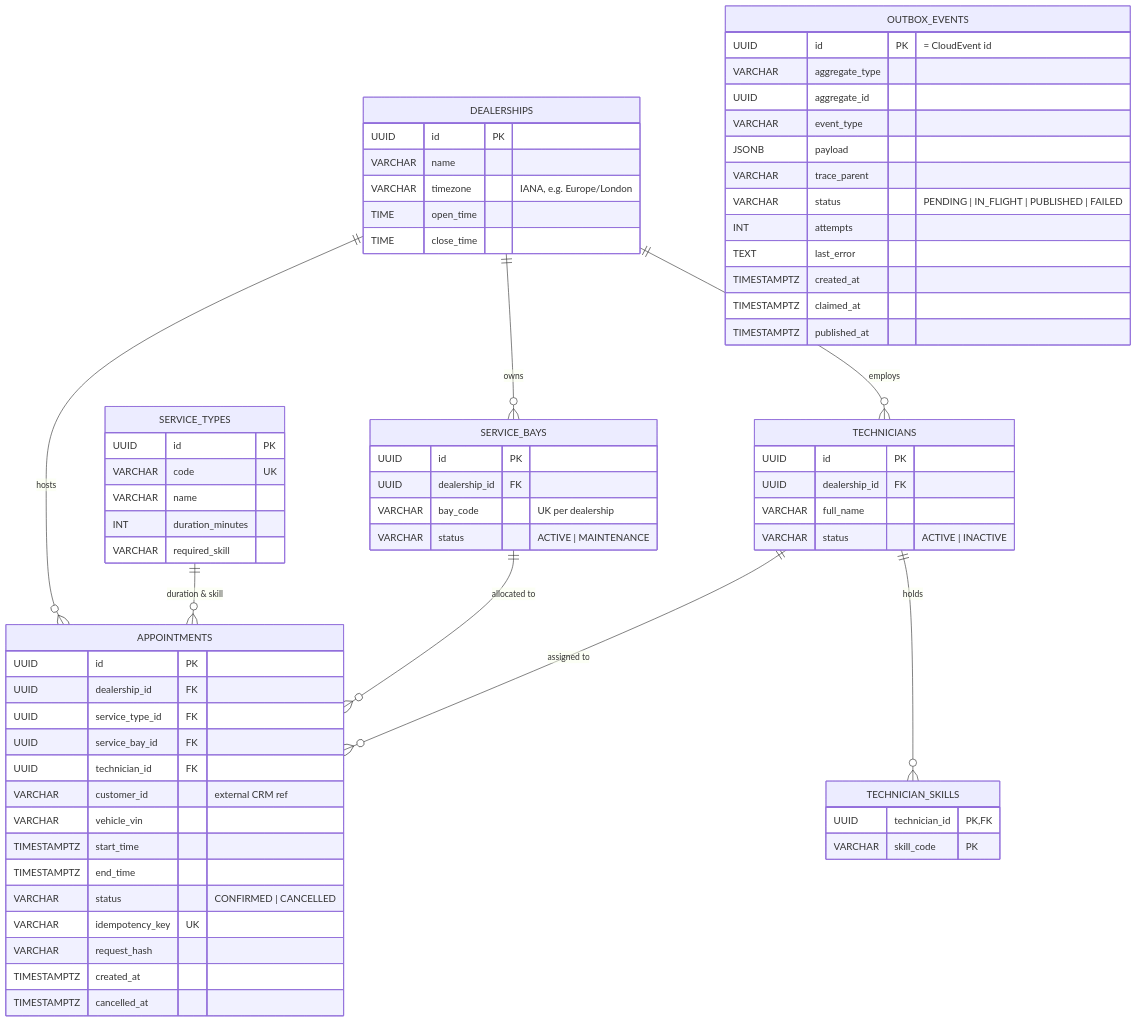
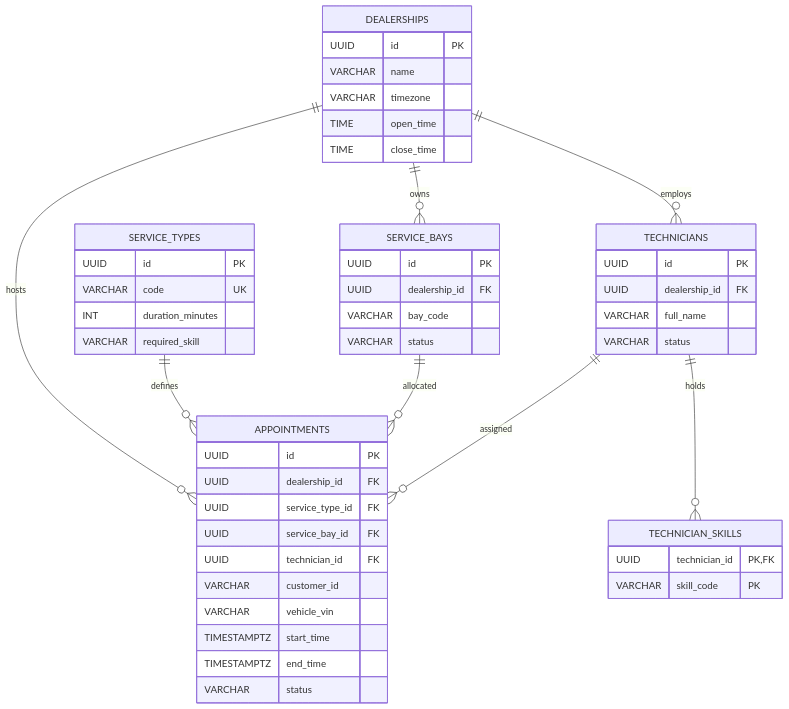
The second of 2 diagrams in docs/system-design.md (thanhtrung1207/keyloop-service-scheduler), drawn with Mermaid before and after one commit. The commit also changed other lines of this file and 2 other files, not shown here.

````diff
--- a/docs/system-design.md
+++ b/docs/system-design.md
@@ -166,71 +37,52 @@
 ```mermaid
 erDiagram
     DEALERSHIPS ||--o{ SERVICE_BAYS : owns
     DEALERSHIPS ||--o{ TECHNICIANS : employs
+    TECHNICIANS ||--o{ TECHNICIAN_SKILLS : holds
     DEALERSHIPS ||--o{ APPOINTMENTS : hosts
-    SERVICE_TYPES ||--o{ APPOINTMENTS : "duration & skill"
-    SERVICE_BAYS ||--o{ APPOINTMENTS : "allocated to"
-    TECHNICIANS ||--o{ TECHNICIAN_SKILLS : holds
-    TECHNICIANS ||--o{ APPOINTMENTS : "assigned to"
+    SERVICE_TYPES ||--o{ APPOINTMENTS : defines
+    SERVICE_BAYS ||--o{ APPOINTMENTS : allocated
+    TECHNICIANS ||--o{ APPOINTMENTS : assigned
 
     DEALERSHIPS {
         UUID id PK
         VARCHAR name
-        VARCHAR timezone "IANA, e.g. Europe/London"
+        VARCHAR timezone
         TIME open_time
         TIME close_time
     }
     SERVICE_TYPES {
         UUID id PK
         VARCHAR code UK
-        VARCHAR name
         INT duration_minutes
         VARCHAR required_skill
     }
     SERVICE_BAYS {
         UUID id PK
         UUID dealership_id FK
-        VARCHAR bay_code "UK per dealership"
-        VARCHAR status "ACTIVE | MAINTENANCE"
+        VARCHAR bay_code
+        VARCHAR status
     }
     TECHNICIANS {
         UUID id PK
         UUID dealership_id FK
         VARCHAR full_name
-        VARCHAR status "ACTIVE | INACTIVE"
+        VARCHAR status
     }
     TECHNICIAN_SKILLS {
-        UUID technician_id PK, FK
+        UUID technician_id PK,FK
         VARCHAR skill_code PK
     }
     APPOINTMENTS {
         UUID id PK
         UUID dealership_id FK
         UUID service_type_id FK
         UUID service_bay_id FK
         UUID technician_id FK
-        VARCHAR customer_id "external CRM ref"
+        VARCHAR customer_id
         VARCHAR vehicle_vin
         TIMESTAMPTZ start_time
         TIMESTAMPTZ end_time
-        VARCHAR status "CONFIRMED | CANCELLED"
-        VARCHAR idempotency_key UK
-        VARCHAR request_hash
-        TIMESTAMPTZ created_at
-        TIMESTAMPTZ cancelled_at
-    }
-    OUTBOX_EVENTS {
-        UUID id PK "= CloudEvent id"
-        VARCHAR aggregate_type
-        UUID aggregate_id
-        VARCHAR event_type
-        JSONB payload
-        VARCHAR trace_parent
-        VARCHAR status "PENDING | IN_FLIGHT | PUBLISHED | FAILED"
-        INT attempts
-        TEXT last_error
-        TIMESTAMPTZ created_at
-        TIMESTAMPTZ claimed_at
-        TIMESTAMPTZ published_at
+        VARCHAR status
     }
 ```
````
